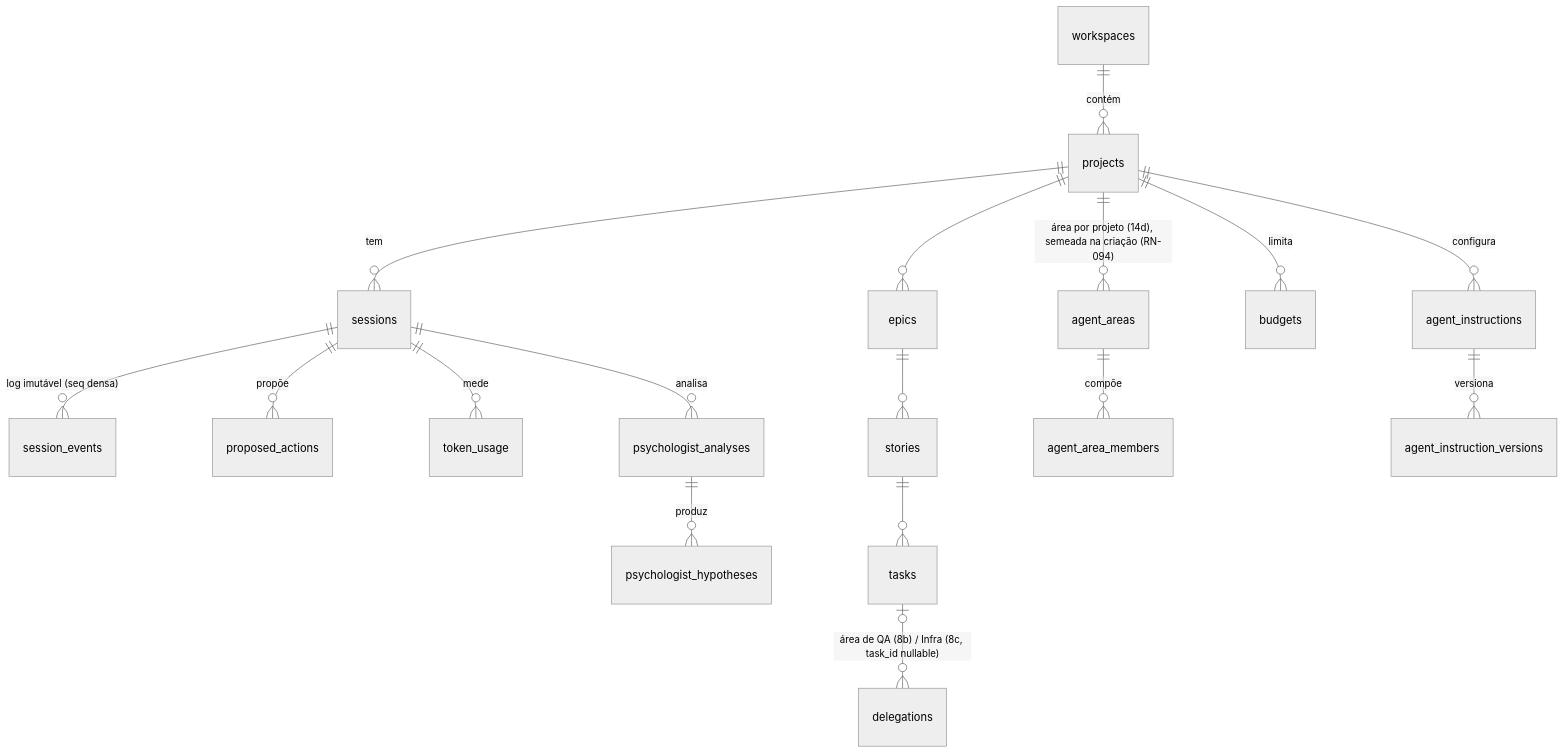
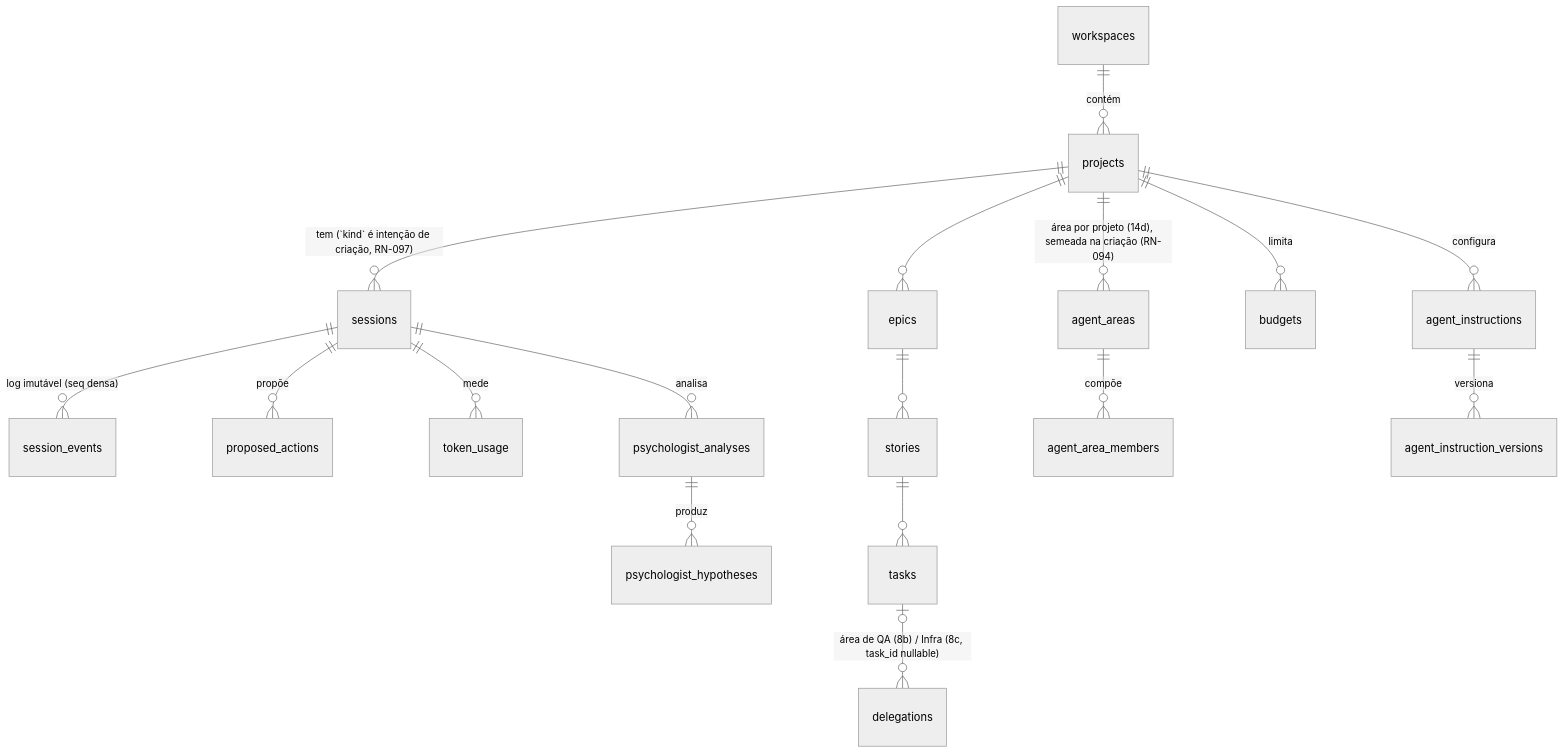
One commit to daneiel/brabo changed the third of 3 diagrams in docs/architecture.md. Above: the diagram before and after it, drawn with Mermaid (neutral theme). The commit also changed other lines of this file and 71 other files, not shown here.

````diff
--- a/docs/architecture.md
+++ b/docs/architecture.md
@@ -374,19 +374,19 @@
 ```mermaid
 erDiagram
   workspaces ||--o{ projects : contém
-  projects ||--o{ sessions : tem
+  projects ||--o{ sessions : "tem (`kind` é intenção de criação, RN-097)"
   sessions ||--o{ session_events : "log imutável (seq densa)"
   sessions ||--o{ proposed_actions : propõe
   projects ||--o{ epics : ""
   epics ||--o{ stories : ""
   stories ||--o{ tasks : ""
   tasks |o--o{ delegations : "área de QA (8b) / Infra (8c, task_id nullable)"
   projects ||--o{ agent_areas : "área por projeto (14d), semeada na criação (RN-094)"
   agent_areas ||--o{ agent_area_members : compõe
   projects ||--o{ budgets : limita
   sessions ||--o{ token_usage : mede
   projects ||--o{ agent_instructions : configura
   agent_instructions ||--o{ agent_instruction_versions : versiona
   sessions ||--o{ psychologist_analyses : analisa
   psychologist_analyses ||--o{ psychologist_hypotheses : produz
 ```
````
